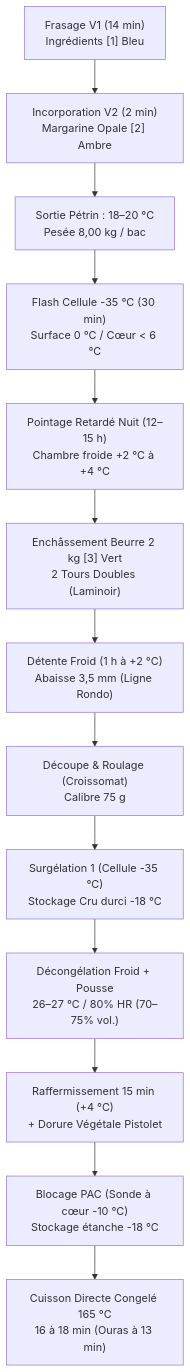
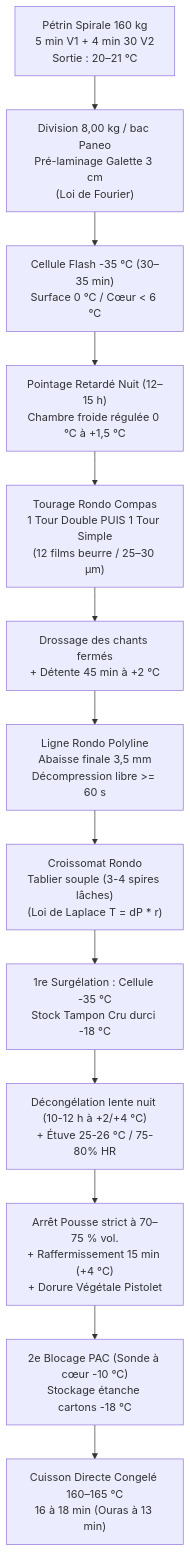
One commit to jri561/laboratoire-tourage-boulangerie changed the diagram in recettes/catalogue/croissant-pac-excellence.md. Above: the diagram before and after it, drawn with Mermaid. The commit also changed other lines of this file and 1 other file, not shown here.

Commit message:
feat(plf): alignement strict sur le standard semi-industriel étalon (coupage 70/30, 12 films, 40 bacs/jour)

````diff
--- a/recettes/catalogue/croissant-pac-excellence.md
+++ b/recettes/catalogue/croissant-pac-excellence.md
@@ -52,15 +53,15 @@
 ```mermaid
 flowchart TD
-    A["Frasage V1 (14 min)\nIngrédients [1] Bleu"] --> B["Incorporation V2 (2 min)\nMargarine Opale [2] Ambre"]
-    B --> C["Sortie Pétrin : 18–20 °C\nPesée 8,00 kg / bac"]
-    C --> D["Flash Cellule -35 °C (30 min)\nSurface 0 °C / Cœur < 6 °C"]
-    D --> E["Pointage Retardé Nuit (12–15 h)\nChambre froide +2 °C à +4 °C"]
-    E --> F["Enchâssement Beurre 2 kg [3] Vert\n2 Tours Doubles (Laminoir)"]
-    F --> G["Détente Froid (1 h à +2 °C)\nAbaisse 3,5 mm (Ligne Rondo)"]
-    G --> H["Découpe & Roulage (Croissomat)\nCalibre 75 g"]
-    H --> I["Surgélation 1 (Cellule -35 °C)\nStockage Cru durci -18 °C"]
-    I --> J["Décongélation Froid + Pousse\n26–27 °C / 80% HR (70–75% vol.)"]
-    J --> K["Raffermissement 15 min (+4 °C)\n+ Dorure Végétale Pistolet"]
-    K --> L["Blocage PAC (Sonde à cœur -10 °C)\nStockage étanche -18 °C"]
-    L --> M["Cuisson Directe Congelé 165 °C\n16 à 18 min (Ouras à 13 min)"]
+    A["Pétrin Spirale 160 kg\n5 min V1 + 4 min 30 V2\nSortie : 20–21 °C"] --> B["Division 8,00 kg / bac Paneo\nPré-laminage Galette 3 cm\n(Loi de Fourier)"]
+    B --> C["Cellule Flash -35 °C (30–35 min)\nSurface 0 °C / Cœur < 6 °C"]
+    C --> D["Pointage Retardé Nuit (12–15 h)\nChambre froide régulée 0 °C à +1,5 °C"]
+    D --> E["Tourage Rondo Compas\n1 Tour Double PUIS 1 Tour Simple\n(12 films beurre / 25–30 µm)"]
+    E --> F["Drossage des chants fermés\n+ Détente 45 min à +2 °C"]
+    F --> G["Ligne Rondo Polyline\nAbaisse finale 3,5 mm\nDécompression libre >= 60 s"]
+    G --> H["Croissomat Rondo\nTablier souple (3-4 spires lâches)\n(Loi de Laplace T = dP * r)"]
+    H --> I["1re Surgélation : Cellule -35 °C\nStock Tampon Cru durci -18 °C"]
+    I --> J["Décongélation lente nuit (10-12 h à +2/+4 °C)\n+ Étuve 25-26 °C / 75-80% HR"]
+    J --> K["Arrêt Pousse strict à 70–75 % vol.\n+ Raffermissement 15 min (+4 °C)\n+ Dorure Végétale Pistolet"]
+    K --> L["2e Blocage PAC (Sonde à cœur -10 °C)\nStockage étanche cartons -18 °C"]
+    L --> M["Cuisson Directe Congelé 160–165 °C\n16 à 18 min (Ouras à 13 min)"]
 ```
````
